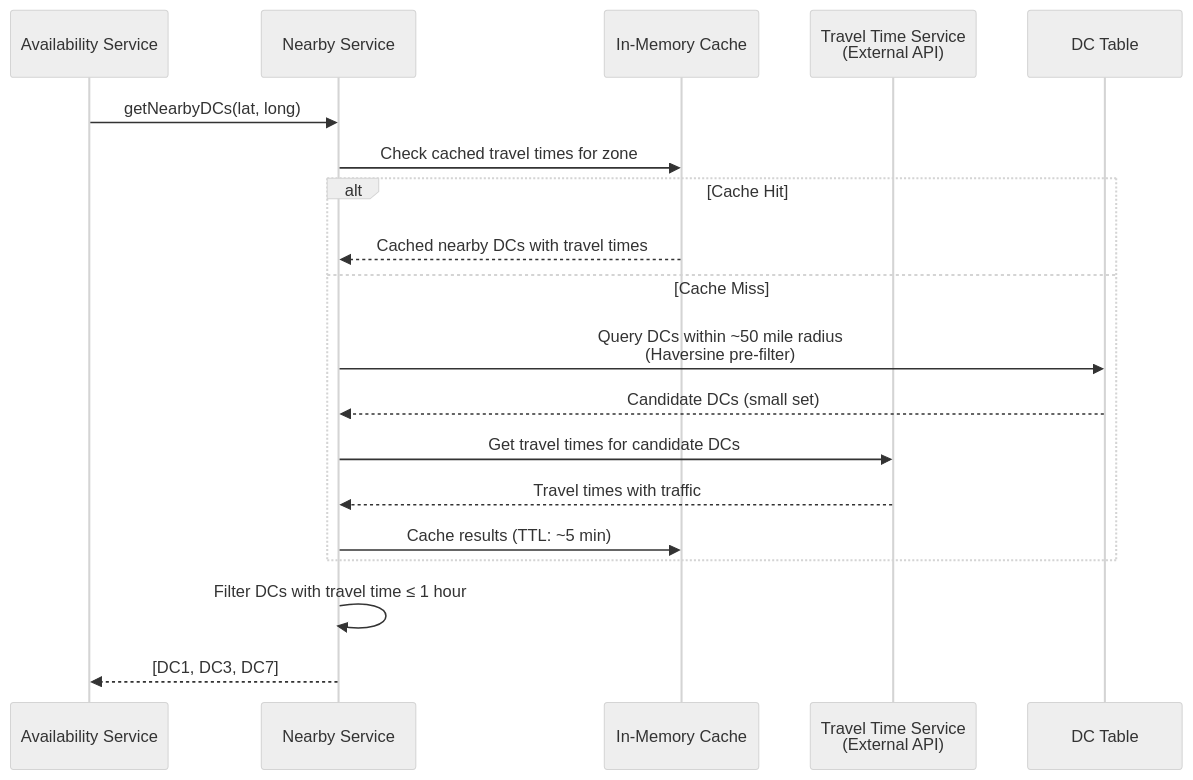
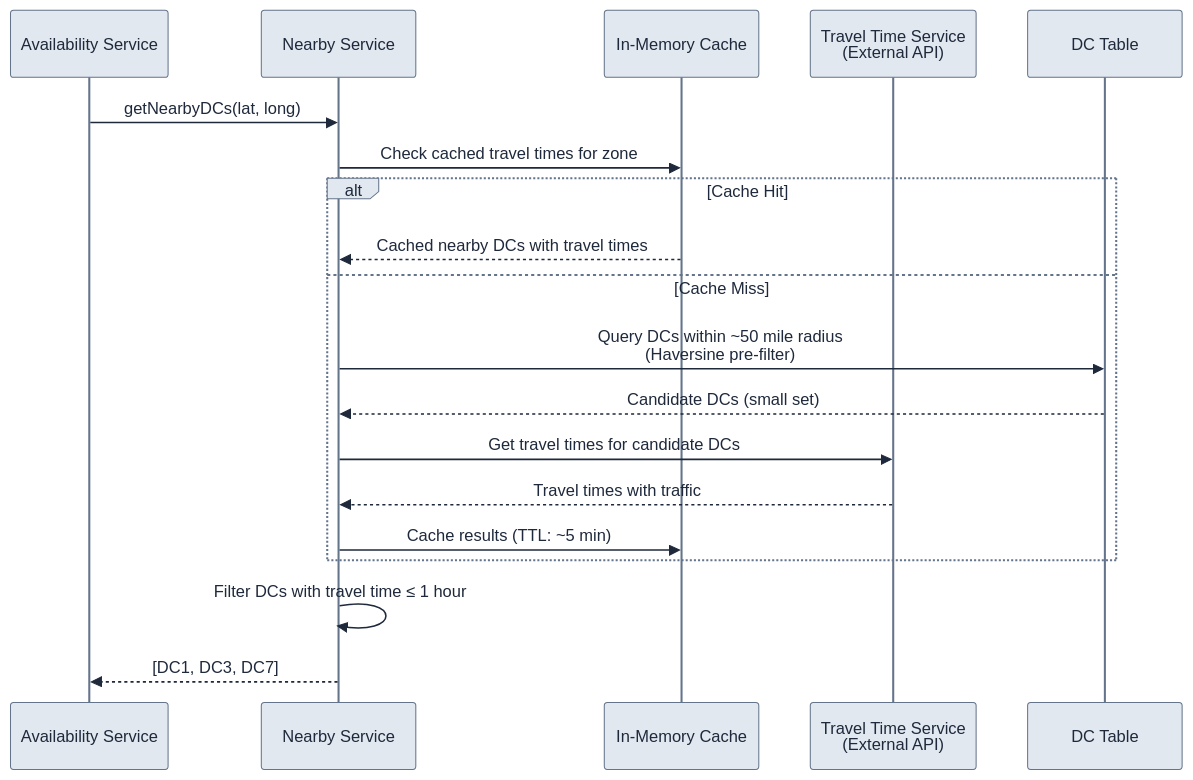
Before and after one commit to vipi-n/swe-101: the tenth of 14 diagrams in hld/localDeliveryService.md, drawn with Mermaid. The commit also changed other lines of this file, not shown here.

````diff
--- a/hld/localDeliveryService.md
+++ b/hld/localDeliveryService.md
@@ -458,25 +458,25 @@
 ```mermaid
-%%{init: {'theme': 'neutral', 'themeVariables': {'fontSize': '18px'}}}%%
+%%{init: {'theme': 'base', 'themeVariables': {'fontSize': '18px', 'primaryColor': '#e2e8f0', 'primaryTextColor': '#1e293b', 'primaryBorderColor': '#64748b', 'lineColor': '#64748b', 'secondaryColor': '#f1f5f9', 'tertiaryColor': '#f8fafc', 'noteBkgColor': '#fef9c3', 'noteTextColor': '#1e293b', 'actorTextColor': '#1e293b', 'actorBkg': '#e2e8f0', 'actorBorder': '#64748b', 'signalColor': '#1e293b', 'signalTextColor': '#1e293b'}}}%%
 sequenceDiagram
     participant AS as Availability Service
     participant NS as Nearby Service
     participant Cache as In-Memory Cache
     participant TTS as Travel Time Service<br/>(External API)
     participant DB as DC Table
 
     AS->>NS: getNearbyDCs(lat, long)
     NS->>Cache: Check cached travel times for zone
     
     alt Cache Hit
         Cache-->>NS: Cached nearby DCs with travel times
     else Cache Miss
         NS->>DB: Query DCs within ~50 mile radius<br/>(Haversine pre-filter)
         DB-->>NS: Candidate DCs (small set)
         NS->>TTS: Get travel times for candidate DCs
         TTS-->>NS: Travel times with traffic
         NS->>Cache: Cache results (TTL: ~5 min)
     end
     
     NS->>NS: Filter DCs with travel time ≤ 1 hour
     NS-->>AS: [DC1, DC3, DC7]
 ```
````
